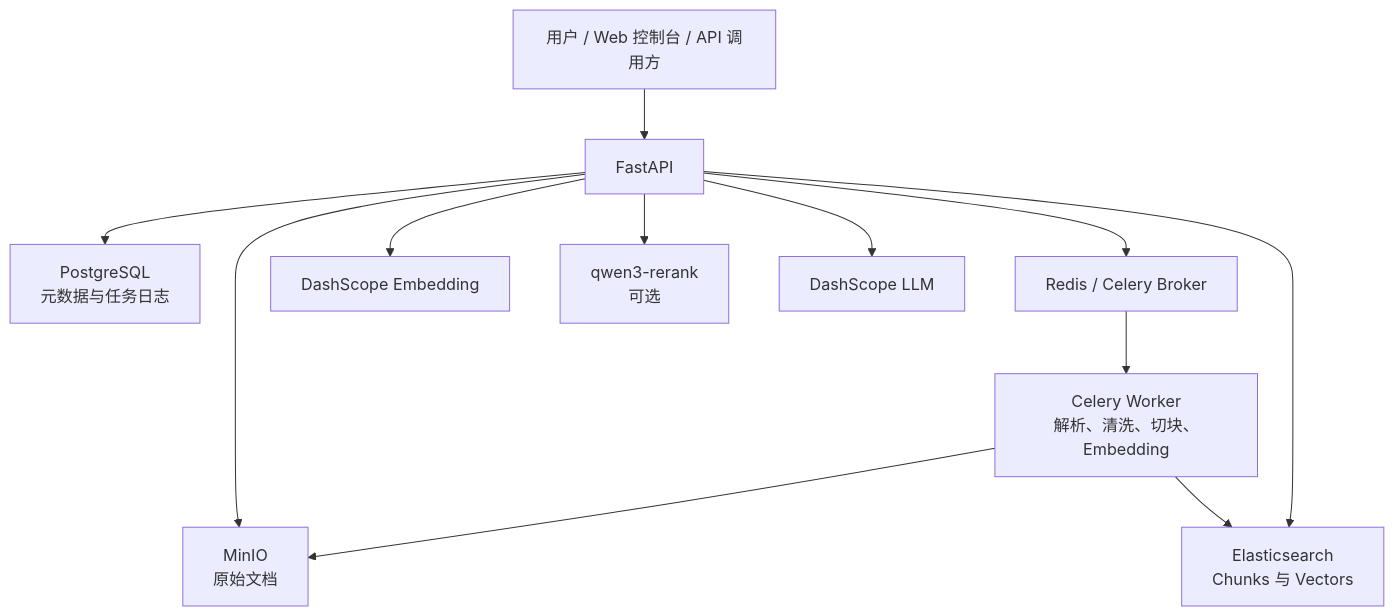
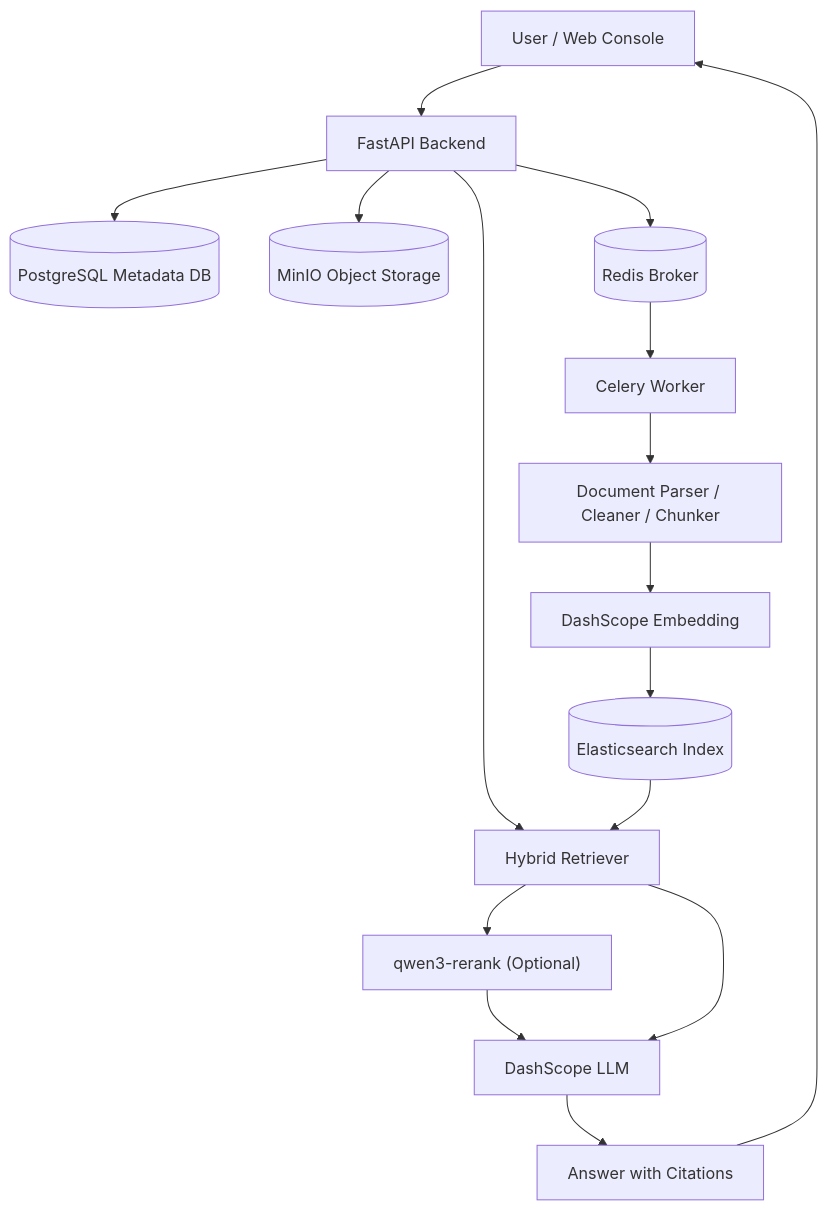
The diagram in README.md (hf007019-lgtm/rag-builder), drawn with Mermaid before and after one commit. The commit also changed other lines of this file and 1 other file, not shown here.

````diff
--- a/README.md
+++ b/README.md
@@ -43,14 +99,18 @@
 ```mermaid
 flowchart TD
-    User["用户 / Web 控制台 / API 调用方"] --> API["FastAPI"]
-    API --> PG["PostgreSQL<br/>元数据与任务日志"]
-    API --> MinIO["MinIO<br/>原始文档"]
-    API --> Redis["Redis / Celery Broker"]
-    Redis --> Worker["Celery Worker<br/>解析、清洗、切块、Embedding"]
-    Worker --> MinIO
-    Worker --> ES["Elasticsearch<br/>Chunks 与 Vectors"]
-    API --> ES
-    API --> Embed["DashScope Embedding"]
-    API --> Rerank["qwen3-rerank<br/>可选"]
-    API --> LLM["DashScope LLM"]
+    User["User / Web Console"] --> API["FastAPI Backend"]
+    API --> PG[("PostgreSQL Metadata DB")]
+    API --> MinIO[("MinIO Object Storage")]
+    API --> Redis[("Redis Broker")]
+    Redis --> Worker["Celery Worker"]
+    Worker --> Parser["Document Parser / Cleaner / Chunker"]
+    Parser --> Embed["DashScope Embedding"]
+    Embed --> ES[("Elasticsearch Index")]
+    API --> Retriever["Hybrid Retriever"]
+    ES --> Retriever
+    Retriever --> Rerank["qwen3-rerank (Optional)"]
+    Rerank --> LLM["DashScope LLM"]
+    Retriever --> LLM
+    LLM --> Answer["Answer with Citations"]
+    Answer --> User
 ```
````
